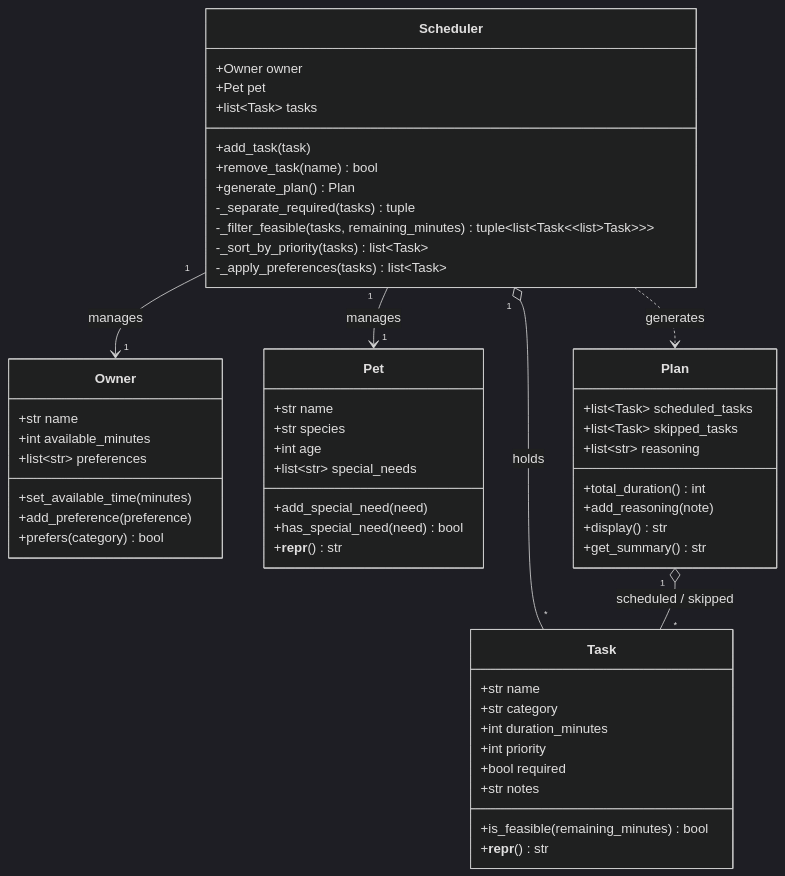
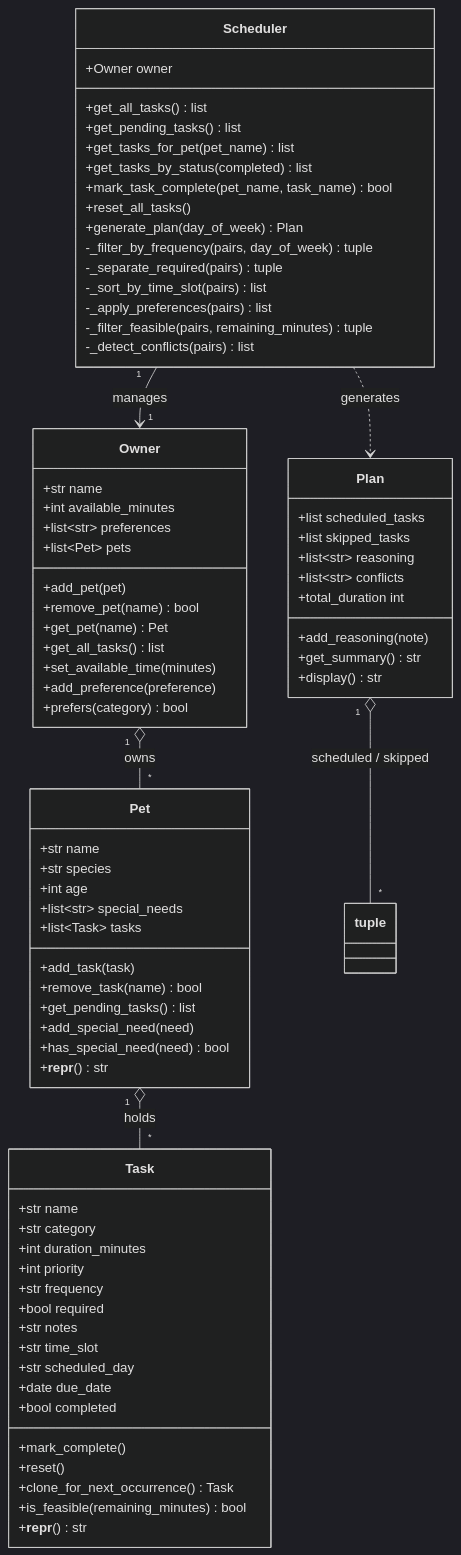
The diagram in agent.md (vinhbin/ai110-module2show-pawpal-starter), drawn with Mermaid (dark theme) before and after one commit. The commit also changed other lines of this file and 4 other files, not shown here.

````diff
--- a/agent.md
+++ b/agent.md
@@ -104,6 +149,11 @@
         +str name
         +int available_minutes
         +list~str~ preferences
+        +list~Pet~ pets
+        +add_pet(pet)
+        +remove_pet(name) bool
+        +get_pet(name) Pet
+        +get_all_tasks() list
         +set_available_time(minutes)
         +add_preference(preference)
         +prefers(category) bool
@@ -114,6 +164,10 @@
         +str species
         +int age
         +list~str~ special_needs
+        +list~Task~ tasks
+        +add_task(task)
+        +remove_task(name) bool
+        +get_pending_tasks() list
         +add_special_need(need)
         +has_special_need(need) bool
         +__repr__() str
@@ -124,38 +178,51 @@
         +str category
         +int duration_minutes
         +int priority
+        +str frequency
         +bool required
         +str notes
+        +str time_slot
+        +str scheduled_day
+        +date due_date
+        +bool completed
+        +mark_complete()
+        +reset()
+        +clone_for_next_occurrence() Task
         +is_feasible(remaining_minutes) bool
         +__repr__() str
     }
 
     class Scheduler {
         +Owner owner
-        +Pet pet
-        +list~Task~ tasks
-        +add_task(task)
-        +remove_task(name) bool
-        +generate_plan() Plan
-        -_separate_required(tasks) tuple
-        -_filter_feasible(tasks, remaining_minutes) tuple~list~Task~~list~Task~~~
-        -_sort_by_priority(tasks) list~Task~
-        -_apply_preferences(tasks) list~Task~
+        +get_all_tasks() list
+        +get_pending_tasks() list
+        +get_tasks_for_pet(pet_name) list
+        +get_tasks_by_status(completed) list
+        +mark_task_complete(pet_name, task_name) bool
+        +reset_all_tasks()
+        +generate_plan(day_of_week) Plan
+        -_filter_by_frequency(pairs, day_of_week) tuple
+        -_separate_required(pairs) tuple
+        -_sort_by_time_slot(pairs) list
+        -_apply_preferences(pairs) list
+        -_filter_feasible(pairs, remaining_minutes) tuple
+        -_detect_conflicts(pairs) list
     }
 
     class Plan {
-        +list~Task~ scheduled_tasks
-        +list~Task~ skipped_tasks
+        +list scheduled_tasks
+        +list skipped_tasks
         +list~str~ reasoning
-        +total_duration() int
+        +list~str~ conflicts
+        +total_duration int
         +add_reasoning(note)
+        +get_summary() str
         +display() str
-        +get_summary() str
     }
 
     Scheduler "1" --> "1" Owner : manages
-    Scheduler "1" --> "1" Pet : manages
-    Scheduler "1" o-- "*" Task : holds
+    Owner "1" o-- "*" Pet : owns
+    Pet "1" o-- "*" Task : holds
     Scheduler ..> Plan : generates
-    Plan "1" o-- "*" Task : scheduled / skipped
+    Plan "1" o-- "*" tuple : scheduled / skipped
 ```
````
